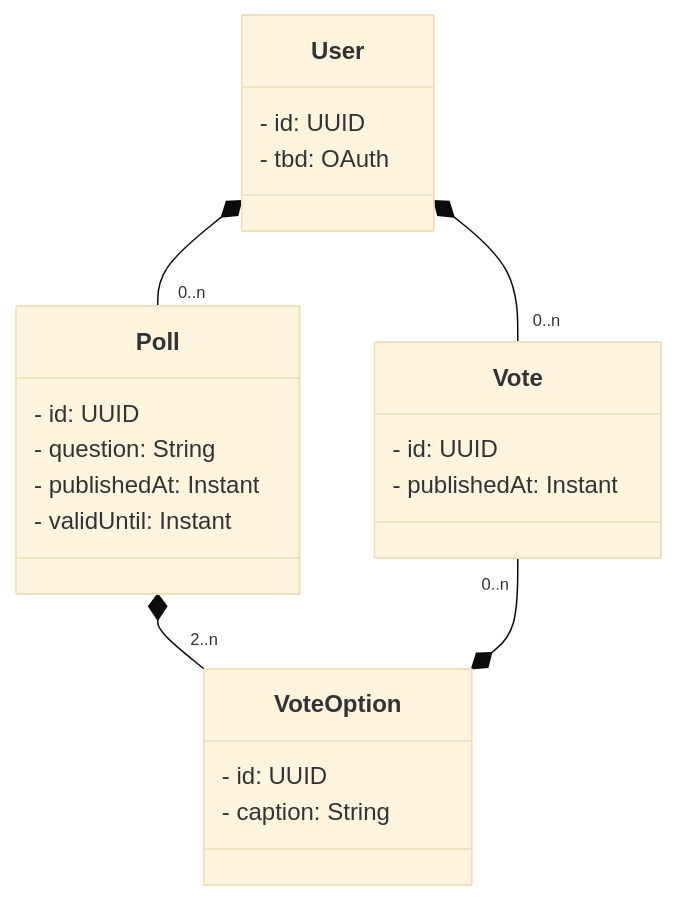
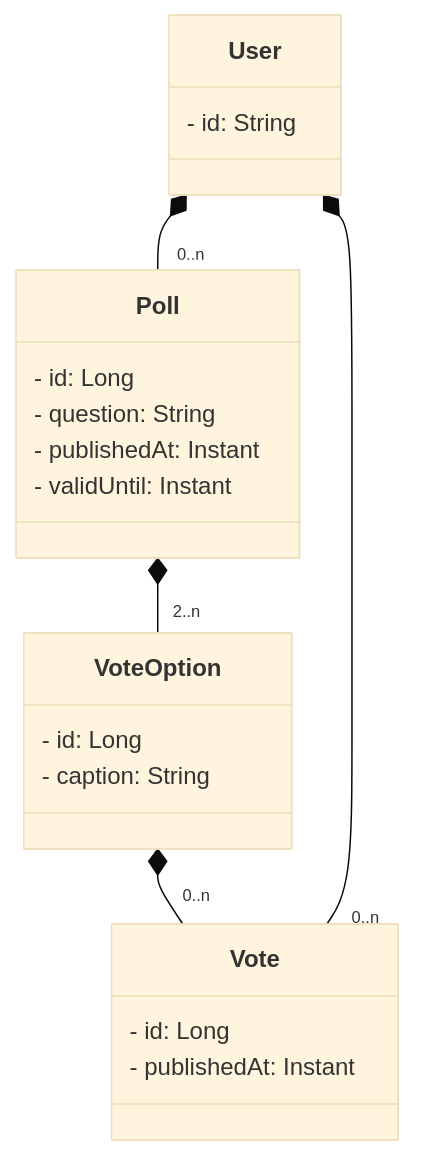
One commit to nikolaihg/dat250-feedapp-project-groups-23 changed the diagram in README.md. Above: the diagram before and after it, drawn with Mermaid (base theme). The commit also changed 6 other files, not shown here.

````diff
--- a/README.md
+++ b/README.md
@@ -27,29 +27,28 @@
 ```mermaid
 classDiagram
 
 class User {
-  - id: UUID
-  - tbd: OAuth
+  - id: String
 }
 class Poll {
-  - id: UUID
+  - id: Long
   - question: String
   - publishedAt: Instant
   - validUntil: Instant
 }
 
 class Vote {
-  - id: UUID
+  - id: Long
   - publishedAt: Instant
 }
 class VoteOption {
-  - id: UUID
+  - id: Long
   - caption: String
 }
 
 
 User *-- "0..n" Poll
 Poll *-- "2..n" VoteOption
-Vote "0..n" --* VoteOption
+VoteOption *-- "0..n" Vote
 User *-- "0..n" Vote
 ```
````
